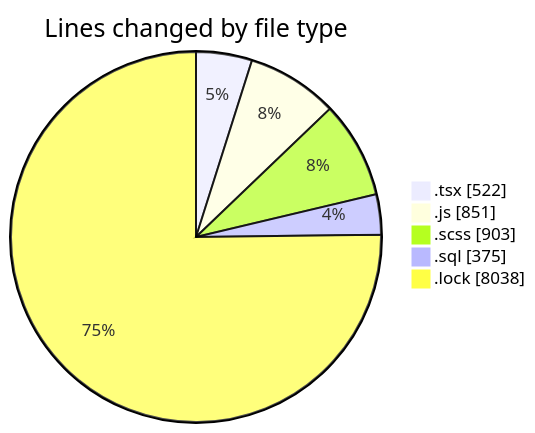
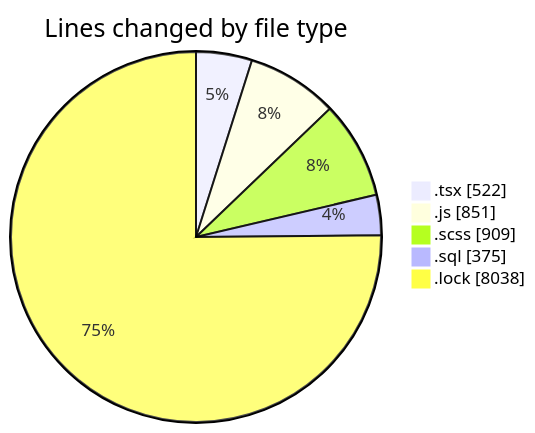
The first of 2 diagrams in 2025-03-18/cda/README.md (momahboobian/code-tracking), drawn with Mermaid before and after one commit. The commit also changed other lines of this file and 1 other file, not shown here.

````diff
--- a/2025-03-18/cda/README.md
+++ b/2025-03-18/cda/README.md
@@ -30,9 +30,9 @@
 ```mermaid
 pie showData
 title Lines changed by file type
 ".tsx" : 522
 ".js" : 851
-".scss" : 903
+".scss" : 909
 ".sql" : 375
 ".lock" : 8038
 ```
````
